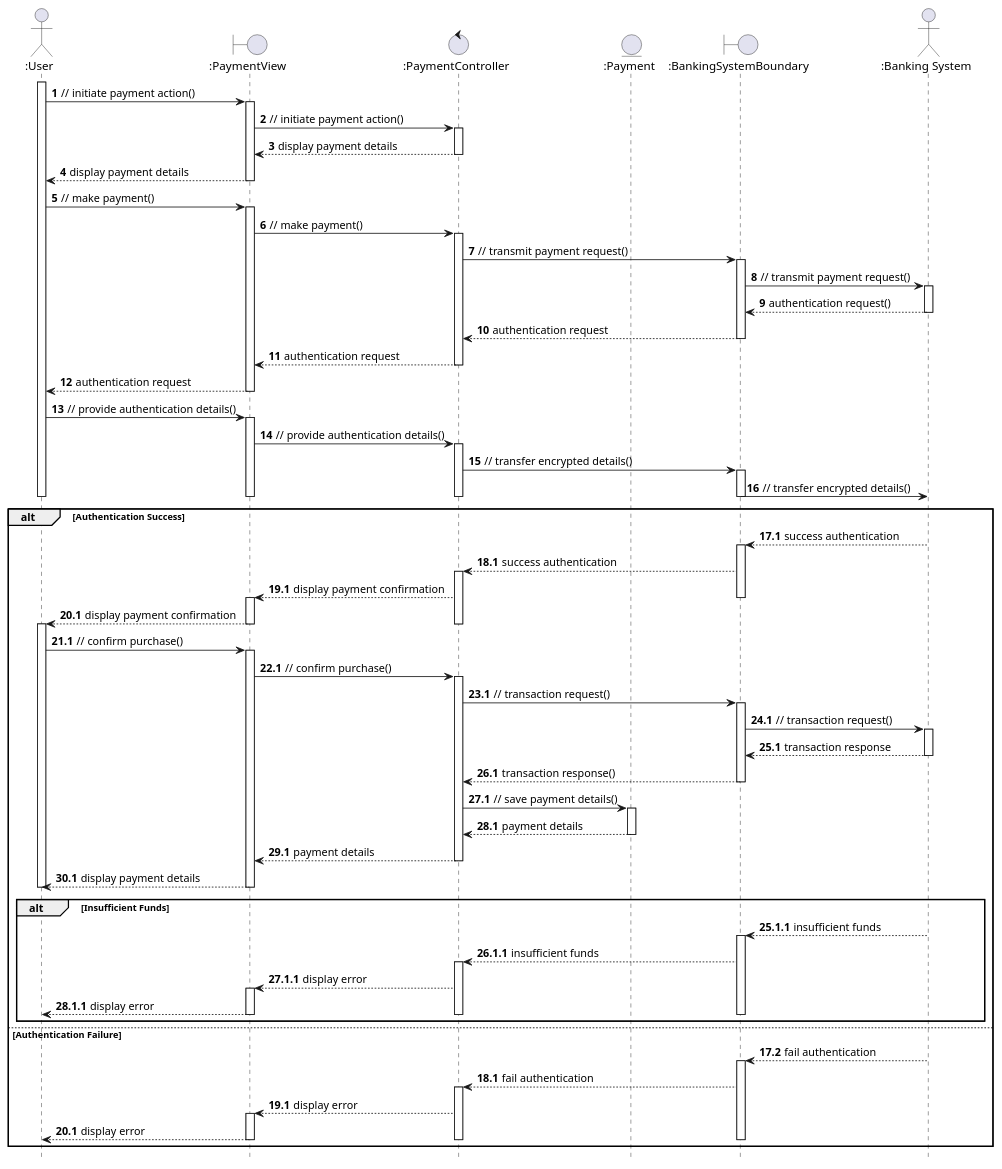
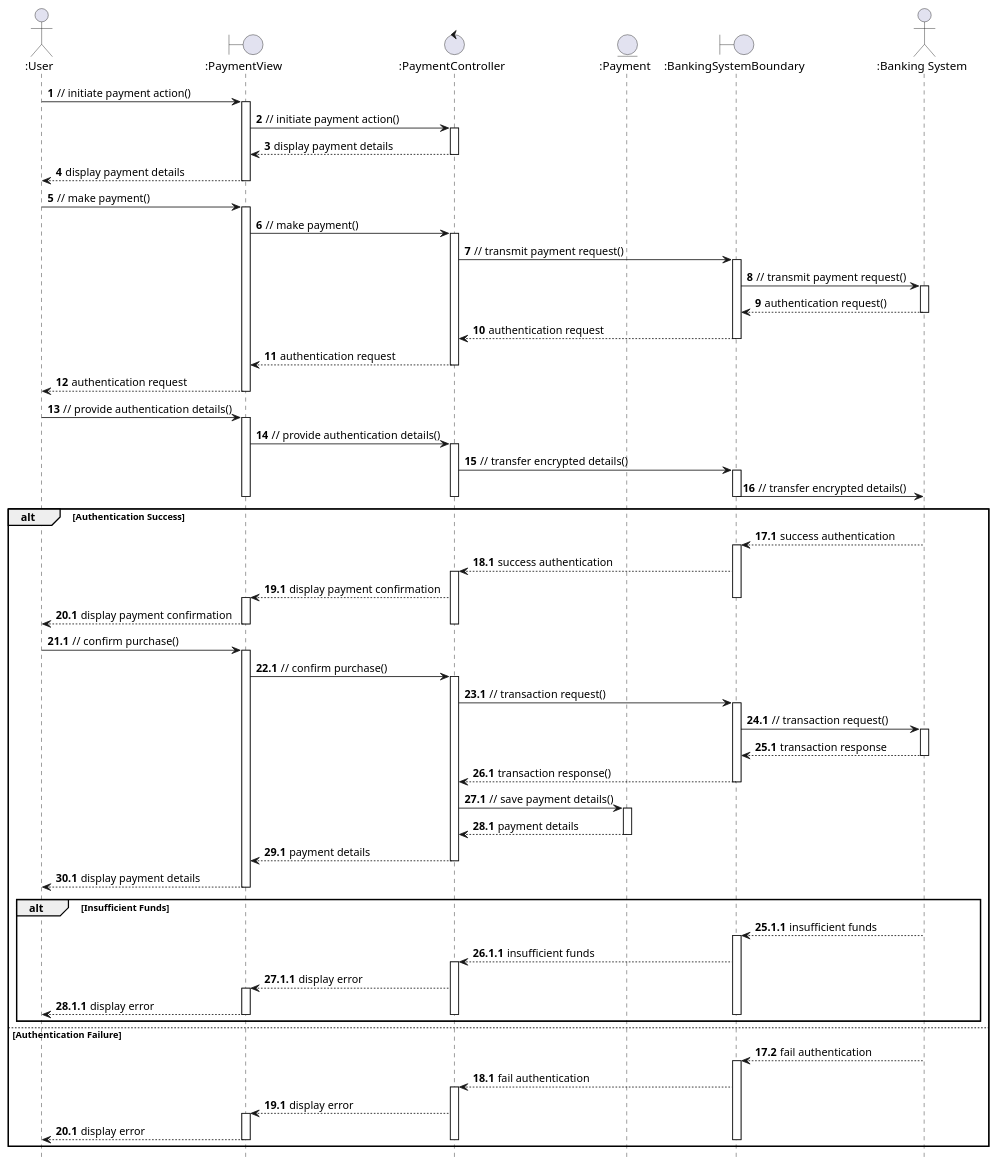
Before and after one commit to anhbanlinhle/velocity-exchange: the diagram in uml/analysis/sequence/make_payment.pu, drawn with PlantUML. The commit also changed 5 other files, not shown here.

```diff
--- a/uml/analysis/sequence/make_payment.pu
+++ b/uml/analysis/sequence/make_payment.pu
@@ -1,137 +1,133 @@
 @startuml
 hide footbox
 
 actor ":User" as User
 boundary ":PaymentView" as PaymentView
 control ":PaymentController" as PaymentController
 entity ":Payment" as Payment
 boundary  ":BankingSystemBoundary" as BankingSystemBoundary
 actor ":Banking System" as BankingSystem
 
 autonumber
 
-activate User
   User -> PaymentView: // initiate payment action()
   activate PaymentView
     PaymentView -> PaymentController: // initiate payment action()
     activate PaymentController
       PaymentController --> PaymentView: display payment details
     deactivate PaymentController
     PaymentView --> User: display payment details
   deactivate PaymentView
   
   User -> PaymentView: // make payment()
   activate PaymentView
     PaymentView -> PaymentController: // make payment()
     activate PaymentController
       PaymentController ->  BankingSystemBoundary: // transmit payment request()
       activate  BankingSystemBoundary
          BankingSystemBoundary -> BankingSystem: // transmit payment request()
         activate BankingSystem
           BankingSystem -->  BankingSystemBoundary: authentication request()
         deactivate BankingSystem
         BankingSystemBoundary --> PaymentController: authentication request
       deactivate  BankingSystemBoundary
       PaymentController --> PaymentView: authentication request
     deactivate PaymentController
     PaymentView --> User: authentication request
   deactivate PaymentView
   User -> PaymentView: // provide authentication details()
   activate PaymentView
     PaymentView -> PaymentController: // provide authentication details()
     activate PaymentController
       PaymentController ->  BankingSystemBoundary: // transfer encrypted details()
       activate  BankingSystemBoundary
          BankingSystemBoundary -> BankingSystem: // transfer encrypted details()
       deactivate  BankingSystemBoundary
     deactivate PaymentController
   deactivate PaymentView
-deactivate User
 
 alt Authentication Success
   autonumber 17.1
     BankingSystem -->  BankingSystemBoundary: success authentication
     autonumber inc A
     activate  BankingSystemBoundary
       BankingSystemBoundary --> PaymentController: success authentication
       autonumber inc A
       activate PaymentController
         PaymentController --> PaymentView: display payment confirmation
         autonumber inc A
     deactivate  BankingSystemBoundary
         activate PaymentView
           PaymentView --> User: display payment confirmation
           autonumber inc A
       deactivate PaymentController
         deactivate PaymentView
 
-      activate User
         User -> PaymentView: // confirm purchase()
         autonumber inc A
         activate PaymentView
           PaymentView -> PaymentController: // confirm purchase()
           autonumber inc A
           activate PaymentController
             PaymentController ->  BankingSystemBoundary: // transaction request()
             autonumber inc A
             activate  BankingSystemBoundary
               BankingSystemBoundary -> BankingSystem: // transaction request()
               autonumber inc A
               activate BankingSystem
                 BankingSystem -->  BankingSystemBoundary: transaction response
                 autonumber inc A
               deactivate BankingSystem
               BankingSystemBoundary --> PaymentController: transaction response()
               autonumber inc A
             deactivate  BankingSystemBoundary
             PaymentController -> Payment: // save payment details()
             autonumber inc A
             activate Payment
               Payment --> PaymentController: payment details
               autonumber inc A
             deactivate Payment
             PaymentController --> PaymentView: payment details
             autonumber inc A
           deactivate PaymentController
           PaymentView --> User: display payment details
           autonumber inc A
         deactivate PaymentView
-      deactivate User
 
     alt Insufficient Funds
       autonumber 25.1.1
       BankingSystem -->  BankingSystemBoundary: insufficient funds
       autonumber inc A
       activate  BankingSystemBoundary
         BankingSystemBoundary --> PaymentController: insufficient funds
         autonumber inc A
         activate PaymentController
           PaymentController --> PaymentView: display error
           autonumber inc A
           activate PaymentView
             PaymentView --> User: display error
             autonumber inc A
           deactivate PaymentView
         deactivate PaymentController
       deactivate  BankingSystemBoundary
     end
 
 else Authentication Failure
   autonumber 17.2
   BankingSystem -->  BankingSystemBoundary: fail authentication
   autonumber inc A
     activate  BankingSystemBoundary
       BankingSystemBoundary --> PaymentController: fail authentication
       autonumber inc A
       activate PaymentController
         PaymentController --> PaymentView: display error
         autonumber inc A
         activate PaymentView
           PaymentView --> User: display error
           autonumber inc A
         deactivate PaymentView
       deactivate PaymentController
     deactivate  BankingSystemBoundary
 end
 
 @enduml
```
